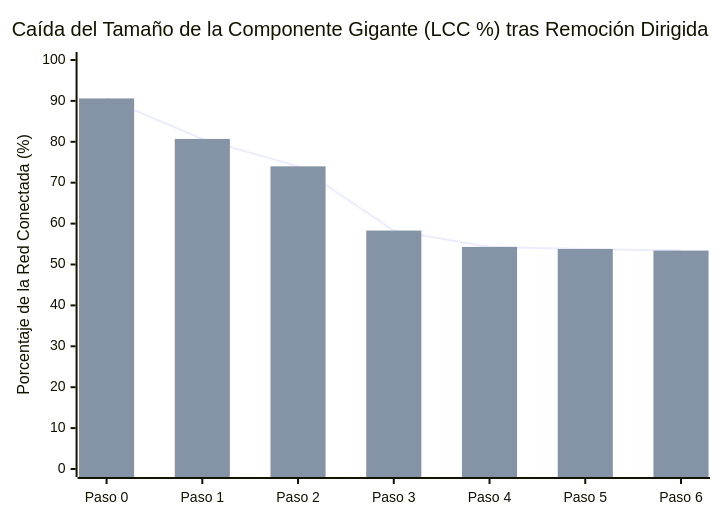
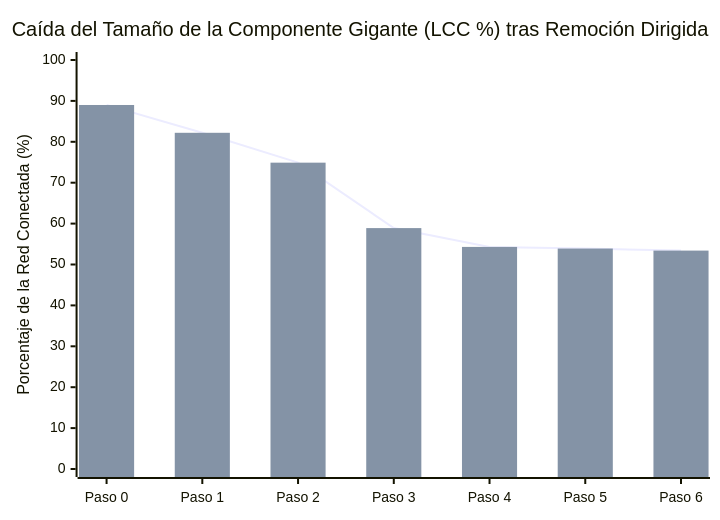
Before and after one commit to 0kamir/ftm-chile: the diagram in 05_Vistas_Analiticas/Simulacion_Desarticulacion_Red.md, drawn with Mermaid. The commit also changed other lines of this file and 101 other files, not shown here.

````diff
--- a/05_Vistas_Analiticas/Simulacion_Desarticulacion_Red.md
+++ b/05_Vistas_Analiticas/Simulacion_Desarticulacion_Red.md
@@ -19,8 +19,8 @@
 ```mermaid
 xychart-beta
   title "Caída del Tamaño de la Componente Gigante (LCC %) tras Remoción Dirigida"
   x-axis ["Paso 0", "Paso 1", "Paso 2", "Paso 3", "Paso 4", "Paso 5", "Paso 6"]
   y-axis "Porcentaje de la Red Conectada (%)" 0 --> 100
-  line [90.6, 80.7, 74.0, 58.3, 54.3, 53.8, 53.4]
-  bar [90.6, 80.7, 74.0, 58.3, 54.3, 53.8, 53.4]
+  line [89.0, 82.2, 74.9, 58.9, 54.3, 53.9, 53.4]
+  bar [89.0, 82.2, 74.9, 58.9, 54.3, 53.9, 53.4]
 ```
````
